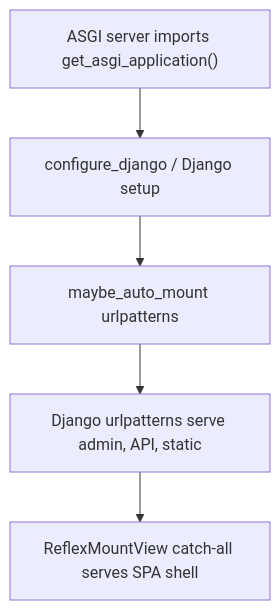
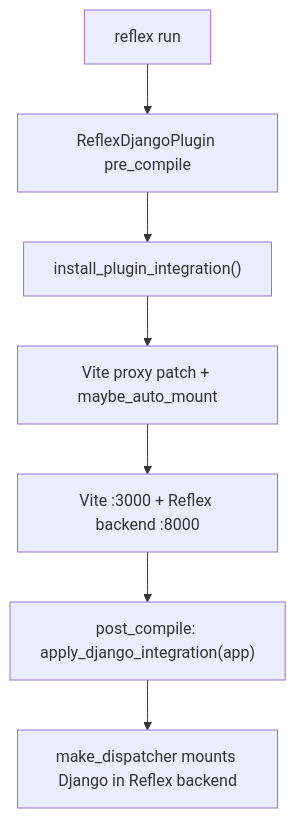
One commit to web7ai/reflex-django changed the first of 2 diagrams in docs/internals/architecture.md. Above: the diagram before and after it, drawn with Mermaid. The commit also changed other lines of this file and 141 other files, not shown here.

````diff
--- a/docs/internals/architecture.md
+++ b/docs/internals/architecture.md
@@ -40,7 +33,9 @@
 ```mermaid
 flowchart TD
-  A["ASGI server imports get_asgi_application()"] --> B["configure_django / Django setup"]
-  B --> C["maybe_auto_mount urlpatterns"]
-  C --> D["Django urlpatterns serve admin, API, static"]
-  D --> E["ReflexMountView catch-all serves SPA shell"]
+  A["reflex run"] --> B["ReflexDjangoPlugin pre_compile"]
+  B --> C["install_plugin_integration()"]
+  C --> D["Vite proxy patch + maybe_auto_mount"]
+  D --> E["Vite :3000 + Reflex backend :8000"]
+  E --> F["post_compile: apply_django_integration(app)"]
+  F --> G["make_dispatcher mounts Django in Reflex backend"]
 ```
````
